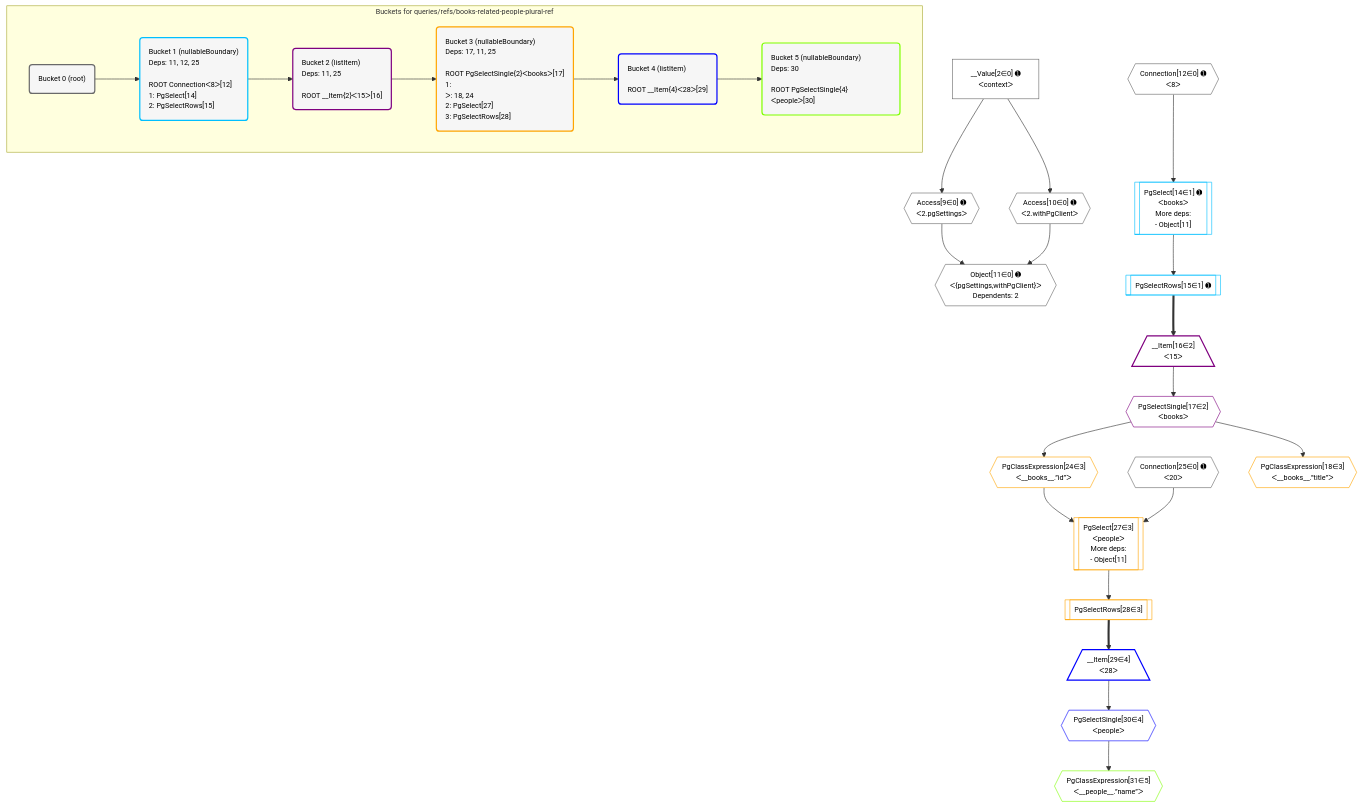
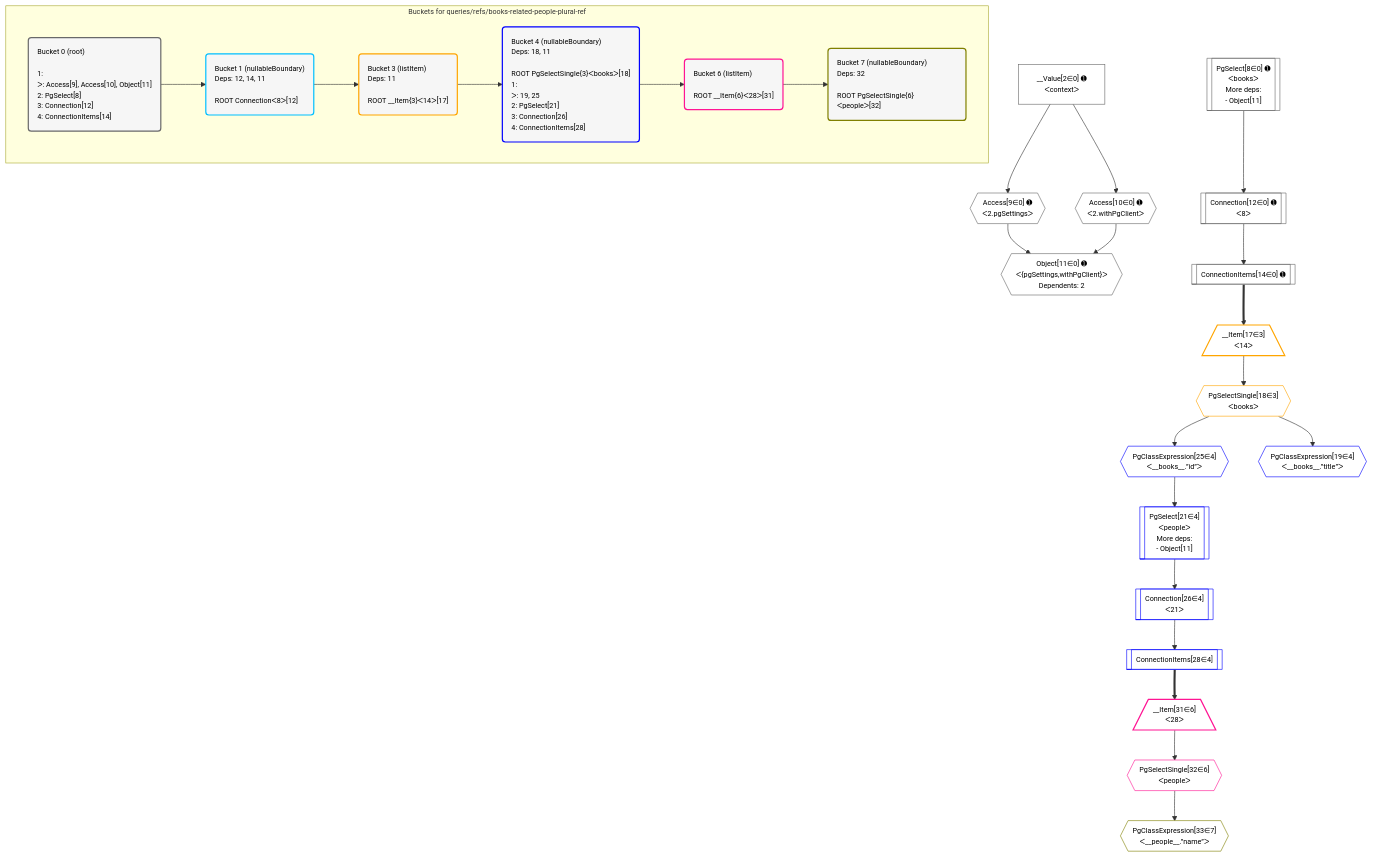
Before and after one commit to graphile/crystal: the diagram in postgraphile/postgraphile/__tests__/queries/refs/books-related-people-plural-ref.mermaid, drawn with Mermaid. The commit also changed 2 other files, not shown here.

```diff
--- a/postgraphile/postgraphile/__tests__/queries/refs/books-related-people-plural-ref.mermaid
+++ b/postgraphile/postgraphile/__tests__/queries/refs/books-related-people-plural-ref.mermaid
@@ -1,69 +1,70 @@
 %%{init: {'themeVariables': { 'fontSize': '12px'}}}%%
 graph TD
     classDef path fill:#eee,stroke:#000,color:#000
     classDef plan fill:#fff,stroke-width:1px,color:#000
     classDef itemplan fill:#fff,stroke-width:2px,color:#000
     classDef unbatchedplan fill:#dff,stroke-width:1px,color:#000
     classDef sideeffectplan fill:#fcc,stroke-width:2px,color:#000
     classDef bucket fill:#f6f6f6,color:#000,stroke-width:2px,text-align:left
 
     subgraph "Buckets for queries/refs/books-related-people-plural-ref"
-    Bucket0("Bucket 0 (root)"):::bucket
-    Bucket1("Bucket 1 (nullableBoundary)<br />Deps: 11, 12, 25<br /><br />ROOT Connectionᐸ8ᐳ[12]<br />1: PgSelect[14]<br />2: PgSelectRows[15]"):::bucket
-    Bucket2("Bucket 2 (listItem)<br />Deps: 11, 25<br /><br />ROOT __Item{2}ᐸ15ᐳ[16]"):::bucket
-    Bucket3("Bucket 3 (nullableBoundary)<br />Deps: 17, 11, 25<br /><br />ROOT PgSelectSingle{2}ᐸbooksᐳ[17]<br />1: <br />ᐳ: 18, 24<br />2: PgSelect[27]<br />3: PgSelectRows[28]"):::bucket
-    Bucket4("Bucket 4 (listItem)<br /><br />ROOT __Item{4}ᐸ28ᐳ[29]"):::bucket
-    Bucket5("Bucket 5 (nullableBoundary)<br />Deps: 30<br /><br />ROOT PgSelectSingle{4}ᐸpeopleᐳ[30]"):::bucket
+    Bucket0("Bucket 0 (root)<br /><br />1: <br />ᐳ: Access[9], Access[10], Object[11]<br />2: PgSelect[8]<br />3: Connection[12]<br />4: ConnectionItems[14]"):::bucket
+    Bucket1("Bucket 1 (nullableBoundary)<br />Deps: 12, 14, 11<br /><br />ROOT Connectionᐸ8ᐳ[12]"):::bucket
+    Bucket3("Bucket 3 (listItem)<br />Deps: 11<br /><br />ROOT __Item{3}ᐸ14ᐳ[17]"):::bucket
+    Bucket4("Bucket 4 (nullableBoundary)<br />Deps: 18, 11<br /><br />ROOT PgSelectSingle{3}ᐸbooksᐳ[18]<br />1: <br />ᐳ: 19, 25<br />2: PgSelect[21]<br />3: Connection[26]<br />4: ConnectionItems[28]"):::bucket
+    Bucket6("Bucket 6 (listItem)<br /><br />ROOT __Item{6}ᐸ28ᐳ[31]"):::bucket
+    Bucket7("Bucket 7 (nullableBoundary)<br />Deps: 32<br /><br />ROOT PgSelectSingle{6}ᐸpeopleᐳ[32]"):::bucket
     end
     Bucket0 --> Bucket1
-    Bucket1 --> Bucket2
-    Bucket2 --> Bucket3
+    Bucket1 --> Bucket3
     Bucket3 --> Bucket4
-    Bucket4 --> Bucket5
+    Bucket4 --> Bucket6
+    Bucket6 --> Bucket7
 
     %% plan dependencies
     Object11{{"Object[11∈0] ➊<br />ᐸ{pgSettings,withPgClient}ᐳ<br />Dependents: 2"}}:::plan
     Access9{{"Access[9∈0] ➊<br />ᐸ2.pgSettingsᐳ"}}:::plan
     Access10{{"Access[10∈0] ➊<br />ᐸ2.withPgClientᐳ"}}:::plan
     Access9 & Access10 --> Object11
+    PgSelect8[["PgSelect[8∈0] ➊<br />ᐸbooksᐳ<br />More deps:<br />- Object[11]"]]:::plan
     __Value2["__Value[2∈0] ➊<br />ᐸcontextᐳ"]:::plan
     __Value2 --> Access9
     __Value2 --> Access10
-    Connection12{{"Connection[12∈0] ➊<br />ᐸ8ᐳ"}}:::plan
-    Connection25{{"Connection[25∈0] ➊<br />ᐸ20ᐳ"}}:::plan
-    PgSelect14[["PgSelect[14∈1] ➊<br />ᐸbooksᐳ<br />More deps:<br />- Object[11]"]]:::plan
-    Connection12 --> PgSelect14
-    PgSelectRows15[["PgSelectRows[15∈1] ➊"]]:::plan
-    PgSelect14 --> PgSelectRows15
-    __Item16[/"__Item[16∈2]<br />ᐸ15ᐳ"\]:::itemplan
-    PgSelectRows15 ==> __Item16
-    PgSelectSingle17{{"PgSelectSingle[17∈2]<br />ᐸbooksᐳ"}}:::plan
-    __Item16 --> PgSelectSingle17
-    PgSelect27[["PgSelect[27∈3]<br />ᐸpeopleᐳ<br />More deps:<br />- Object[11]"]]:::plan
-    PgClassExpression24{{"PgClassExpression[24∈3]<br />ᐸ__books__.”id”ᐳ"}}:::plan
-    PgClassExpression24 & Connection25 --> PgSelect27
-    PgClassExpression18{{"PgClassExpression[18∈3]<br />ᐸ__books__.”title”ᐳ"}}:::plan
-    PgSelectSingle17 --> PgClassExpression18
-    PgSelectSingle17 --> PgClassExpression24
-    PgSelectRows28[["PgSelectRows[28∈3]"]]:::plan
-    PgSelect27 --> PgSelectRows28
-    __Item29[/"__Item[29∈4]<br />ᐸ28ᐳ"\]:::itemplan
-    PgSelectRows28 ==> __Item29
-    PgSelectSingle30{{"PgSelectSingle[30∈4]<br />ᐸpeopleᐳ"}}:::plan
-    __Item29 --> PgSelectSingle30
-    PgClassExpression31{{"PgClassExpression[31∈5]<br />ᐸ__people__.”name”ᐳ"}}:::plan
-    PgSelectSingle30 --> PgClassExpression31
+    Connection12[["Connection[12∈0] ➊<br />ᐸ8ᐳ"]]:::plan
+    PgSelect8 --> Connection12
+    ConnectionItems14[["ConnectionItems[14∈0] ➊"]]:::plan
+    Connection12 --> ConnectionItems14
+    __Item17[/"__Item[17∈3]<br />ᐸ14ᐳ"\]:::itemplan
+    ConnectionItems14 ==> __Item17
+    PgSelectSingle18{{"PgSelectSingle[18∈3]<br />ᐸbooksᐳ"}}:::plan
+    __Item17 --> PgSelectSingle18
+    PgSelect21[["PgSelect[21∈4]<br />ᐸpeopleᐳ<br />More deps:<br />- Object[11]"]]:::plan
+    PgClassExpression25{{"PgClassExpression[25∈4]<br />ᐸ__books__.”id”ᐳ"}}:::plan
+    PgClassExpression25 --> PgSelect21
+    PgClassExpression19{{"PgClassExpression[19∈4]<br />ᐸ__books__.”title”ᐳ"}}:::plan
+    PgSelectSingle18 --> PgClassExpression19
+    PgSelectSingle18 --> PgClassExpression25
+    Connection26[["Connection[26∈4]<br />ᐸ21ᐳ"]]:::plan
+    PgSelect21 --> Connection26
+    ConnectionItems28[["ConnectionItems[28∈4]"]]:::plan
+    Connection26 --> ConnectionItems28
+    __Item31[/"__Item[31∈6]<br />ᐸ28ᐳ"\]:::itemplan
+    ConnectionItems28 ==> __Item31
+    PgSelectSingle32{{"PgSelectSingle[32∈6]<br />ᐸpeopleᐳ"}}:::plan
+    __Item31 --> PgSelectSingle32
+    PgClassExpression33{{"PgClassExpression[33∈7]<br />ᐸ__people__.”name”ᐳ"}}:::plan
+    PgSelectSingle32 --> PgClassExpression33
 
     %% define steps
     classDef bucket0 stroke:#696969
-    class Bucket0,__Value2,Access9,Access10,Object11,Connection12,Connection25 bucket0
+    class Bucket0,__Value2,PgSelect8,Access9,Access10,Object11,Connection12,ConnectionItems14 bucket0
     classDef bucket1 stroke:#00bfff
-    class Bucket1,PgSelect14,PgSelectRows15 bucket1
-    classDef bucket2 stroke:#7f007f
-    class Bucket2,__Item16,PgSelectSingle17 bucket2
+    class Bucket1 bucket1
     classDef bucket3 stroke:#ffa500
-    class Bucket3,PgClassExpression18,PgClassExpression24,PgSelect27,PgSelectRows28 bucket3
+    class Bucket3,__Item17,PgSelectSingle18 bucket3
     classDef bucket4 stroke:#0000ff
-    class Bucket4,__Item29,PgSelectSingle30 bucket4
-    classDef bucket5 stroke:#7fff00
-    class Bucket5,PgClassExpression31 bucket5
+    class Bucket4,PgClassExpression19,PgSelect21,PgClassExpression25,Connection26,ConnectionItems28 bucket4
+    classDef bucket6 stroke:#ff1493
+    class Bucket6,__Item31,PgSelectSingle32 bucket6
+    classDef bucket7 stroke:#808000
+    class Bucket7,PgClassExpression33 bucket7
```
